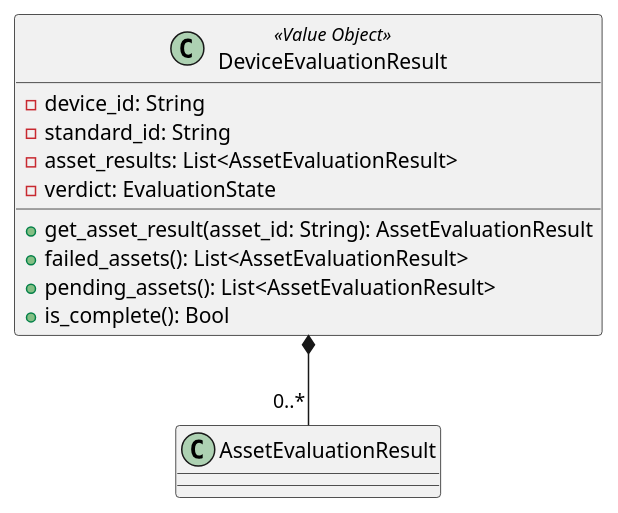
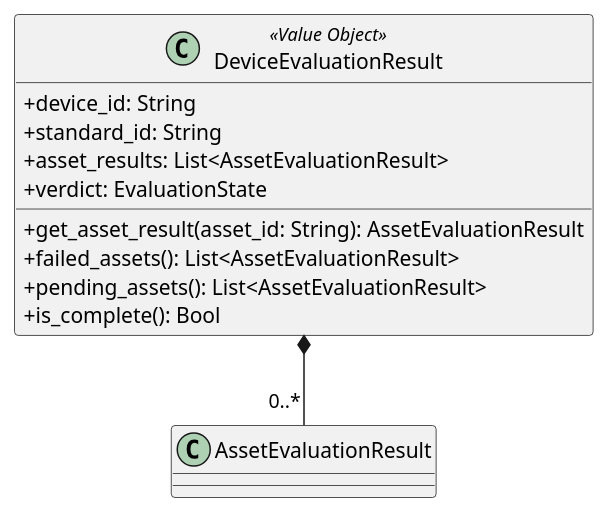
Before and after one commit to GroupRubberDuck/Documentazione: the diagram in src/PB/DocumentazioneEsterna/Specifica_Tecnica/content/05-diagrammi-classi/uml/puml/Backend/Domain/DeviceEvaluationResult.puml, drawn with PlantUML. The commit also changed 162 other files, not shown here.

```diff
--- a/src/PB/DocumentazioneEsterna/Specifica_Tecnica/content/05-diagrammi-classi/uml/puml/Backend/Domain/DeviceEvaluationResult.puml
+++ b/src/PB/DocumentazioneEsterna/Specifica_Tecnica/content/05-diagrammi-classi/uml/puml/Backend/Domain/DeviceEvaluationResult.puml
@@ -1,17 +1,18 @@
 @startuml DeviceEvaluationResult
+skinparam ClassAttributeIconSize 0
 
 class DeviceEvaluationResult <<Value Object>> {
-    - device_id: String
-    - standard_id: String
-    - asset_results: List<AssetEvaluationResult>
-    - verdict: EvaluationState
+    + device_id: String
+    + standard_id: String
+    + asset_results: List<AssetEvaluationResult>
+    + verdict: EvaluationState
 
     + get_asset_result(asset_id: String): AssetEvaluationResult
     + failed_assets(): List<AssetEvaluationResult>
     + pending_assets(): List<AssetEvaluationResult>
     + is_complete(): Bool
 }
 
 DeviceEvaluationResult *-- "0..*" AssetEvaluationResult
 
 @enduml
```
